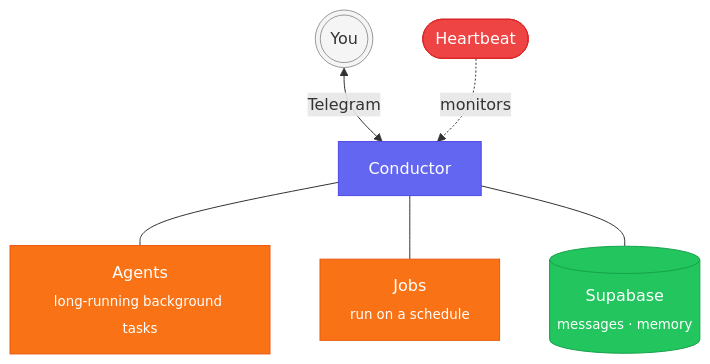
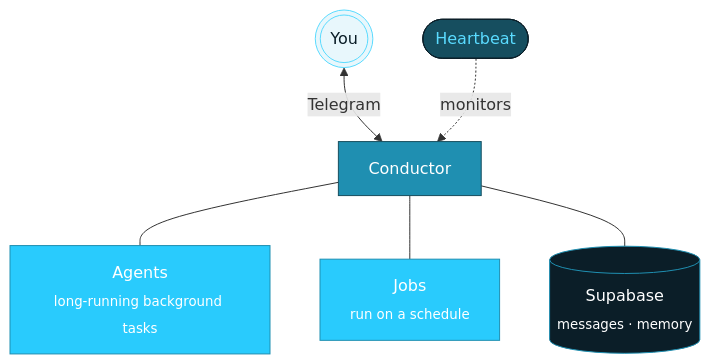
The diagram in README.md (daydemir/muavin), drawn with Mermaid before and after one commit. The commit also changed other lines of this file and 1 other file, not shown here.

````diff
--- a/README.md
+++ b/README.md
@@ -41,16 +41,16 @@
 ```mermaid
 flowchart TD
     You((("  You  "))) <-->|"  Telegram  "| Conductor["Conductor"]
     Heartbeat(["Heartbeat"]) -."  monitors  ".-> Conductor
 
     Conductor --- Agents["Agents<br/><sub>long-running background tasks</sub>"]
     Conductor --- Jobs["Jobs<br/><sub>run on a schedule</sub>"]
     Conductor --- Supabase[("Supabase<br/><sub>messages · memory</sub>")]
 
-    style You fill:#f5f5f5,stroke:#999,color:#333
-    style Conductor fill:#6366f1,stroke:#4f46e5,color:#fff
-    style Agents fill:#f97316,stroke:#ea580c,color:#fff
-    style Jobs fill:#f97316,stroke:#ea580c,color:#fff
-    style Supabase fill:#22c55e,stroke:#16a34a,color:#fff
-    style Heartbeat fill:#ef4444,stroke:#dc2626,color:#fff
+    style You fill:#e8f7fc,stroke:#5adbff,color:#0b1e28
+    style Conductor fill:#1f8fb1,stroke:#164e5f,color:#fff
+    style Agents fill:#29cbfd,stroke:#1f8fb1,color:#fff
+    style Jobs fill:#29cbfd,stroke:#1f8fb1,color:#fff
+    style Supabase fill:#0b1e28,stroke:#1f8fb1,color:#fff
+    style Heartbeat fill:#164e5f,stroke:#0b1e28,color:#5adbff
 ```
````
